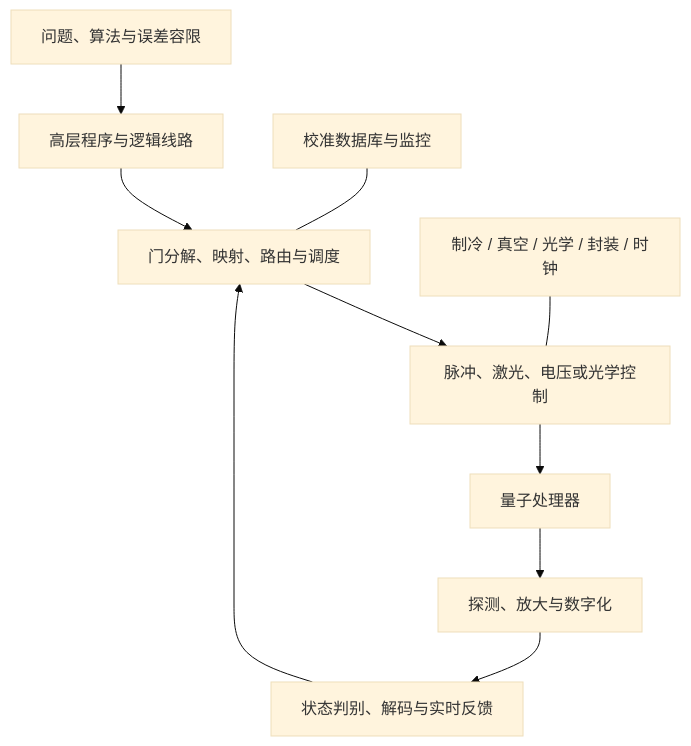
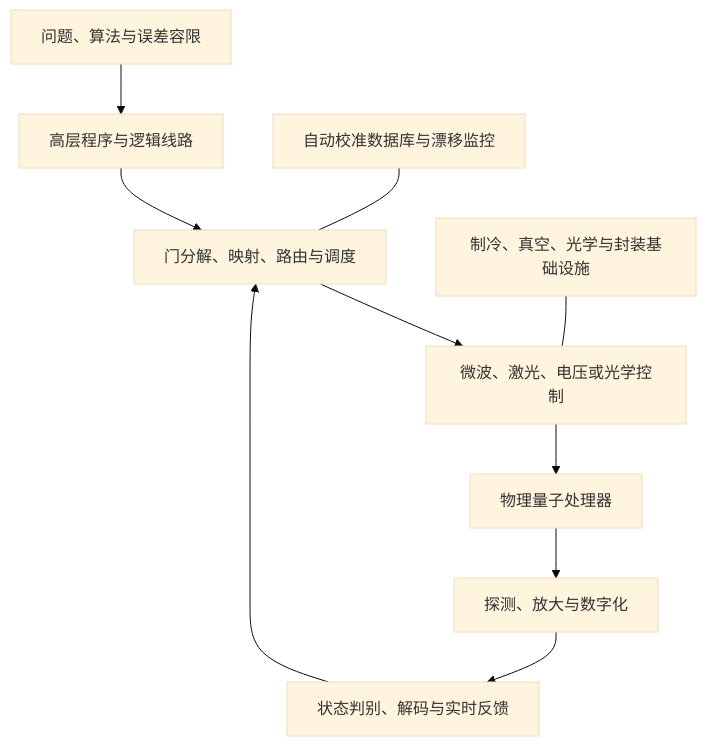
Before and after one commit to nanless/quantum-computing-handbook: the diagram in handbook/09-hardware.md, drawn with Mermaid (base theme). The commit also changed other lines of this file and 386 other files, not shown here.

````diff
--- a/handbook/09-hardware.md
+++ b/handbook/09-hardware.md
@@ -11,12 +15,12 @@
 ```mermaid
 flowchart TB
-  A[问题、算法与误差容限] --> B[高层程序与逻辑线路]
-  B --> C[门分解、映射、路由与调度]
-  C --> D[脉冲、激光、电压或光学控制]
-  D --> E[量子处理器]
-  E --> F[探测、放大与数字化]
-  F --> G[状态判别、解码与实时反馈]
+  A["问题、算法与误差容限"] --> B["高层程序与逻辑线路"]
+  B --> C["门分解、映射、路由与调度"]
+  C --> D["微波、激光、电压或光学控制"]
+  D --> E["物理量子处理器"]
+  E --> F["探测、放大与数字化"]
+  F --> G["状态判别、解码与实时反馈"]
   G --> C
-  H[制冷 / 真空 / 光学 / 封装 / 时钟] --- D
-  I[校准数据库与监控] --- C
+  H["制冷、真空、光学与封装基础设施"] --- D
+  I["自动校准数据库与漂移监控"] --- C
 ```
````
